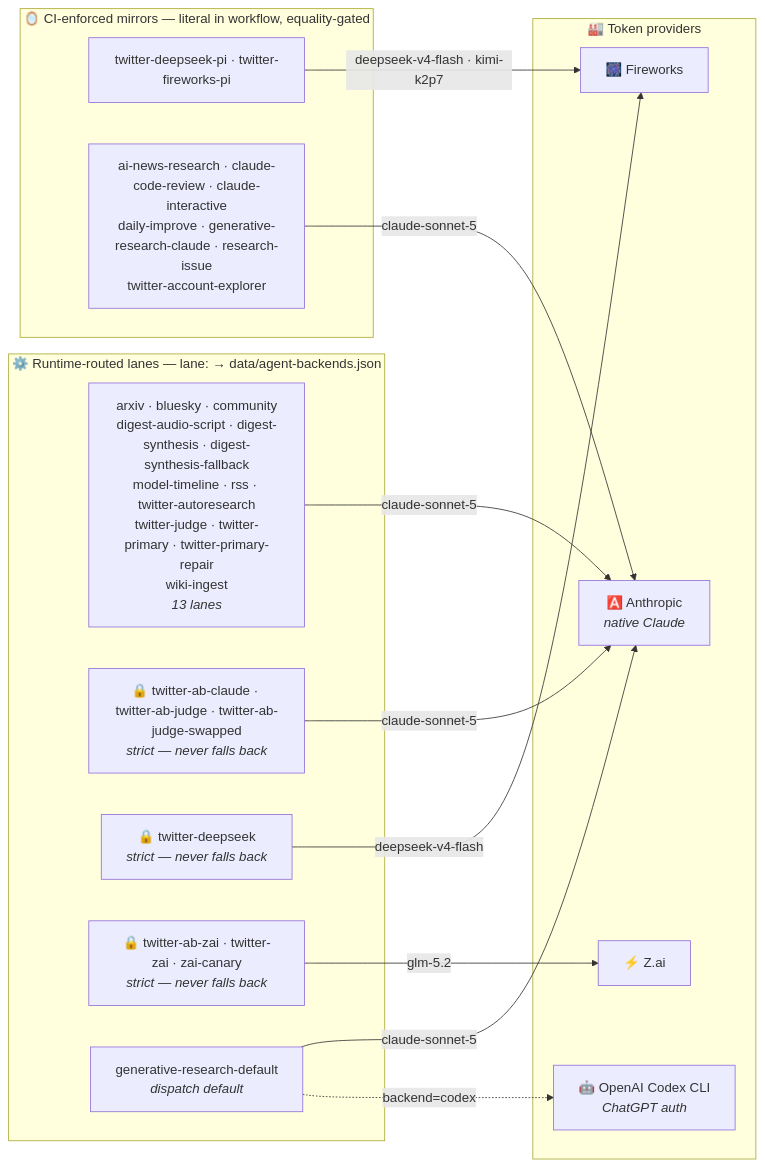
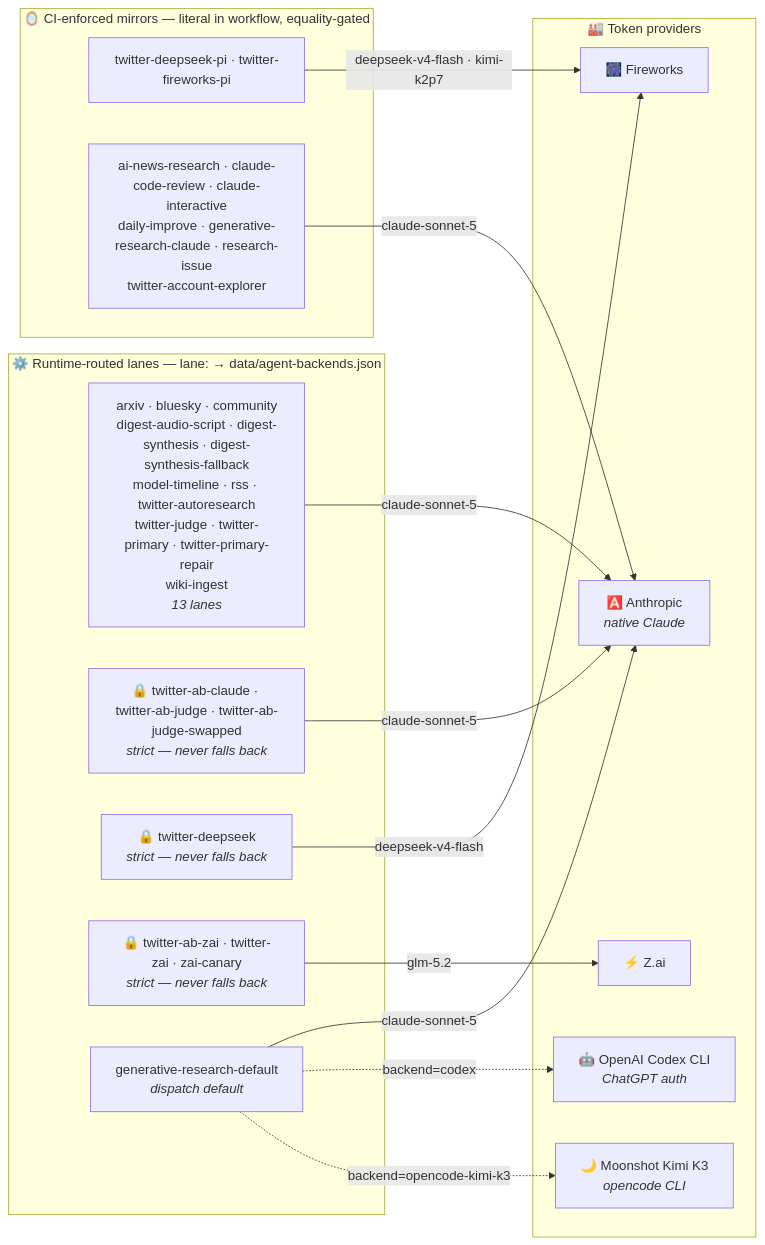
Before and after one commit to guzus/ai-research-arm: the second of 3 diagrams in README.md, drawn with Mermaid. The commit also changed other lines of this file and 12 other files, not shown here.

Commit message:
Add opencode + Kimi K3 generative-research backend (OpenCode Go first)

````diff
--- a/README.md
+++ b/README.md
@@ -147,28 +147,30 @@
 ```mermaid
 flowchart LR
     subgraph runtime["⚙️ Runtime-routed lanes — lane: → data/agent-backends.json"]
         lanes0["arxiv · bluesky · community<br/>digest-audio-script · digest-synthesis · digest-synthesis-fallback<br/>model-timeline · rss · twitter-autoresearch<br/>twitter-judge · twitter-primary · twitter-primary-repair<br/>wiki-ingest<br/><i>13 lanes</i>"]
         strict0["🔒 twitter-ab-claude · twitter-ab-judge · twitter-ab-judge-swapped<br/><i>strict — never falls back</i>"]
         strict1["🔒 twitter-deepseek<br/><i>strict — never falls back</i>"]
         strict2["🔒 twitter-ab-zai · twitter-zai · zai-canary<br/><i>strict — never falls back</i>"]
         gendef["generative-research-default<br/><i>dispatch default</i>"]
     end
     subgraph mirrors["🪞 CI-enforced mirrors — literal in workflow, equality-gated"]
         pi["twitter-deepseek-pi · twitter-fireworks-pi"]
         native["ai-news-research · claude-code-review · claude-interactive<br/>daily-improve · generative-research-claude · research-issue<br/>twitter-account-explorer"]
     end
     subgraph providers["🏭 Token providers"]
         FW["🎆 Fireworks"]
         ZAI["⚡ Z.ai"]
         ANT["🅰️ Anthropic<br/><i>native Claude</i>"]
         OAI["🤖 OpenAI Codex CLI<br/><i>ChatGPT auth</i>"]
+        MSH["🌙 Moonshot Kimi K3<br/><i>opencode CLI</i>"]
     end
     lanes0 -->|"claude-sonnet-5"| ANT
     strict0 -->|"claude-sonnet-5"| ANT
     strict1 -->|"deepseek-v4-flash"| FW
     strict2 -->|"glm-5.2"| ZAI
     gendef -->|"claude-sonnet-5"| ANT
     pi -->|"deepseek-v4-flash · kimi-k2p7"| FW
     native -->|"claude-sonnet-5"| ANT
     gendef -.->|"backend=codex"| OAI
+    gendef -.->|"backend=opencode-kimi-k3"| MSH
 ```
````
